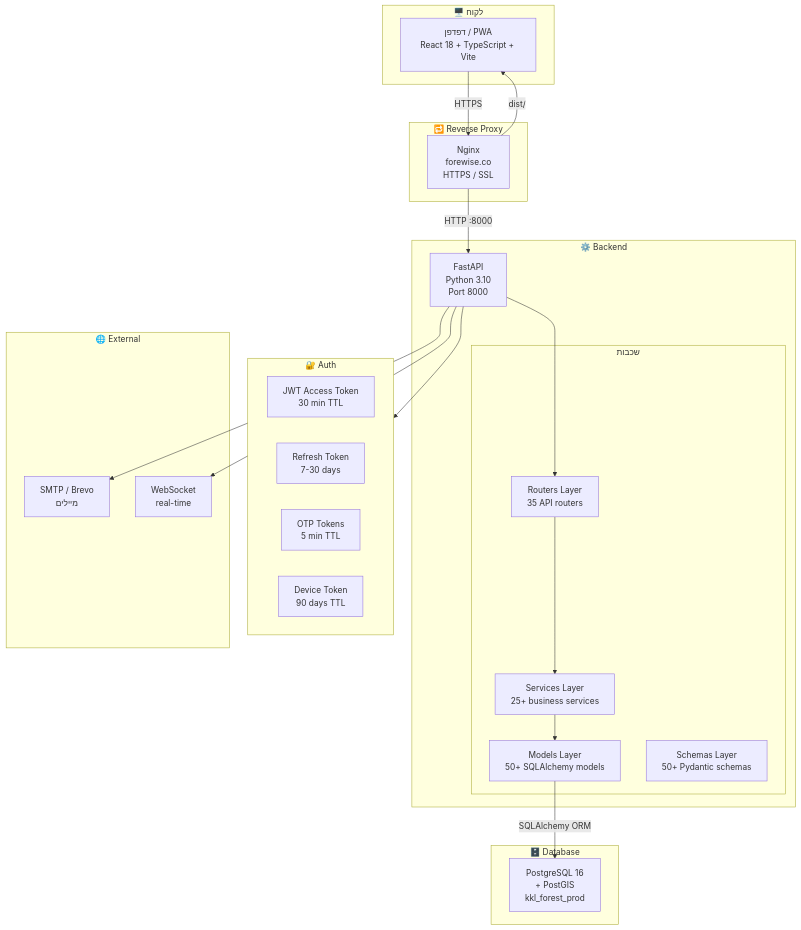
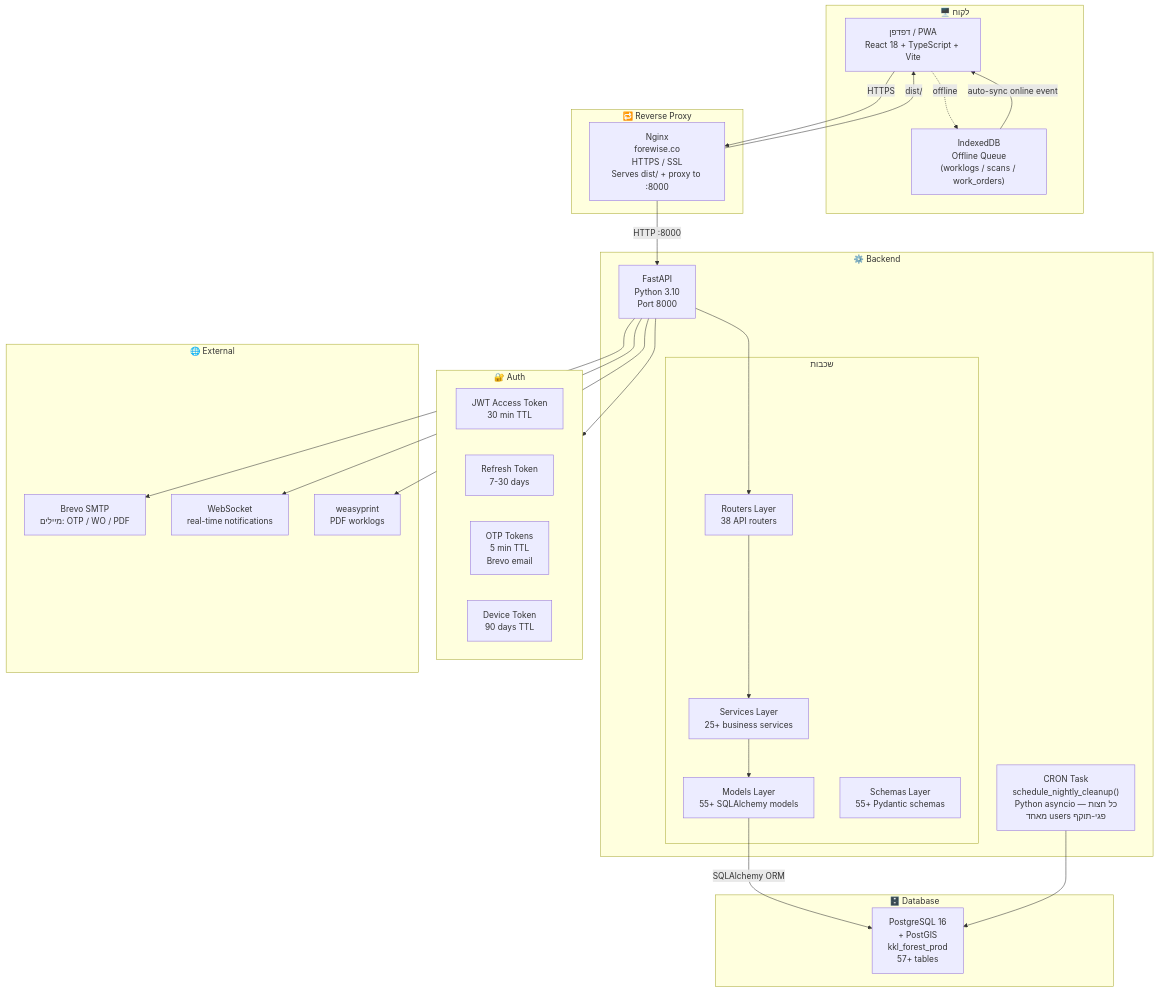
Before and after one commit to nirab96Developer/Forewise: the first of 3 diagrams in ניר/01_ARCHITECTURE_OVERVIEW.md, drawn with Mermaid. The commit also changed other lines of this file and 6 other files, not shown here.

````diff
--- a/ניר/01_ARCHITECTURE_OVERVIEW.md
+++ b/ניר/01_ARCHITECTURE_OVERVIEW.md
@@ -10,45 +12,52 @@
 ```mermaid
 flowchart TB
     subgraph CLIENT["🖥️ לקוח"]
         BROWSER["דפדפן / PWA\nReact 18 + TypeScript + Vite"]
+        IDB["IndexedDB\nOffline Queue\n(worklogs / scans / work_orders)"]
+        BROWSER -.->|"offline"| IDB
     end
 
     subgraph NGINX["🔁 Reverse Proxy"]
-        NG["Nginx\nforewise.co\nHTTPS / SSL"]
+        NG["Nginx\nforewise.co\nHTTPS / SSL\nServes dist/ + proxy to :8000"]
     end
 
     subgraph BACKEND["⚙️ Backend"]
         API["FastAPI\nPython 3.10\nPort 8000"]
         subgraph LAYERS["שכבות"]
-            ROUTERS["Routers Layer\n35 API routers"]
+            ROUTERS["Routers Layer\n38 API routers"]
             SERVICES["Services Layer\n25+ business services"]
-            MODELS["Models Layer\n50+ SQLAlchemy models"]
-            SCHEMAS["Schemas Layer\n50+ Pydantic schemas"]
+            MODELS["Models Layer\n55+ SQLAlchemy models"]
+            SCHEMAS["Schemas Layer\n55+ Pydantic schemas"]
         end
+        CRON["CRON Task\nschedule_nightly_cleanup()\nPython asyncio — כל חצות\nמאחד users פגי-תוקף"]
     end
 
     subgraph DB["🗄️ Database"]
-        PG["PostgreSQL 16\n+ PostGIS\nkkl_forest_prod"]
+        PG["PostgreSQL 16\n+ PostGIS\nkkl_forest_prod\n57+ tables"]
     end
 
     subgraph AUTH["🔐 Auth"]
         JWT["JWT Access Token\n30 min TTL"]
         REFRESH["Refresh Token\n7-30 days"]
-        OTP["OTP Tokens\n5 min TTL"]
+        OTP["OTP Tokens\n5 min TTL\nBrevo email"]
         DEVICE["Device Token\n90 days TTL"]
     end
 
     subgraph EXTERNAL["🌐 External"]
-        EMAIL["SMTP / Brevo\nמיילים"]
-        WS["WebSocket\nreal-time"]
+        EMAIL["Brevo SMTP\nמיילים: OTP / WO / PDF"]
+        WS["WebSocket\nreal-time notifications"]
+        PDF["weasyprint\nPDF worklogs"]
     end
 
     BROWSER -->|"HTTPS"| NG
     NG -->|"HTTP :8000"| API
     NG -->|"dist/"| BROWSER
+    IDB -->|"auto-sync online event"| BROWSER
     API --> ROUTERS --> SERVICES --> MODELS
     MODELS -->|"SQLAlchemy ORM"| PG
     API --> AUTH
     API --> EMAIL
     API --> WS
+    API --> PDF
+    CRON --> PG
 ```
````
